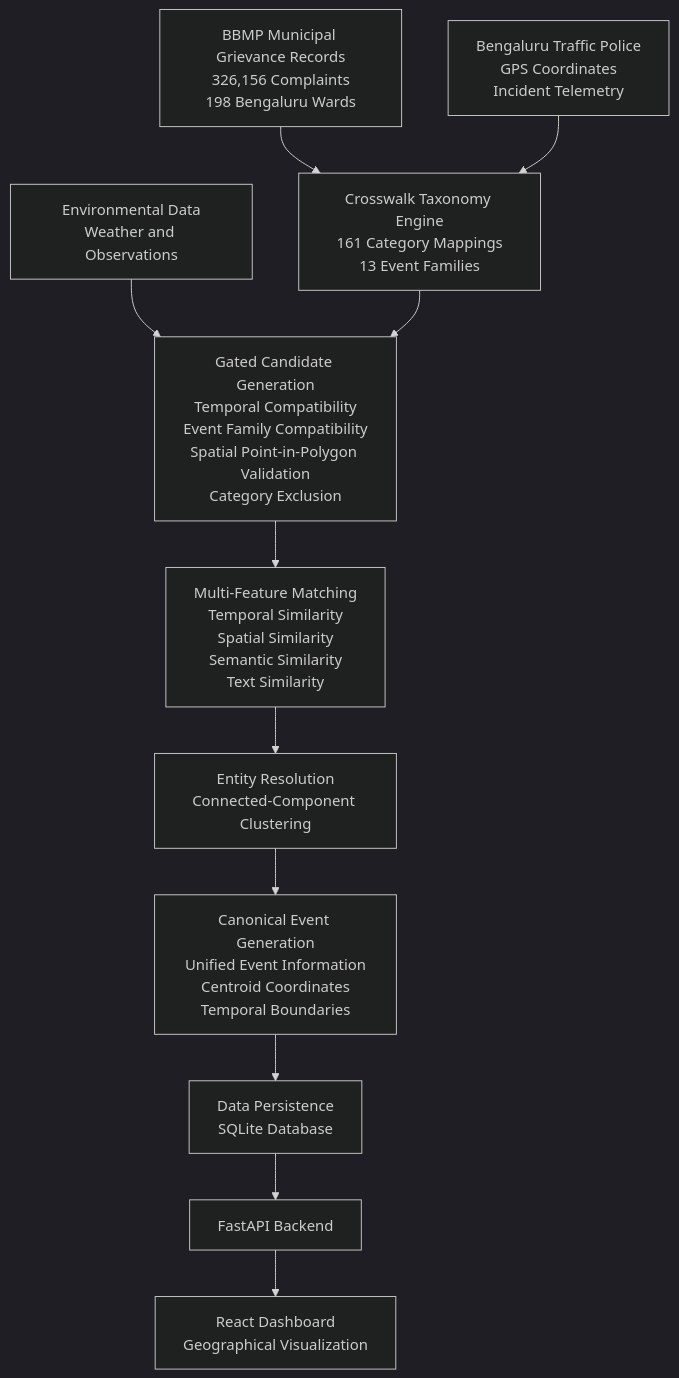
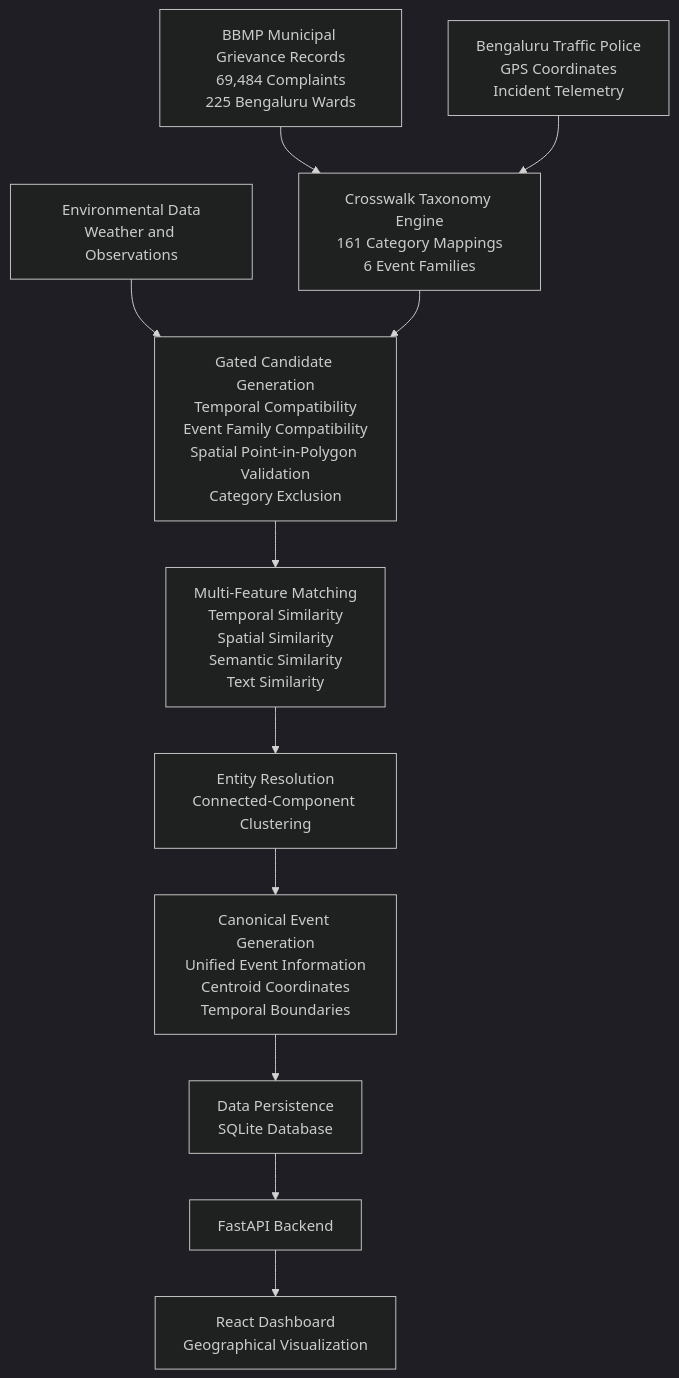
Before and after one commit to kumarkc57/LOCALYN: the diagram in README.md, drawn with Mermaid (dark theme).

Commit message:
Update complaint and event family counts in README

````diff
--- a/README.md
+++ b/README.md
@@ -34,32 +34,32 @@
 ```mermaid
 flowchart TD
-    A["BBMP Municipal Grievance Records<br/>326,156 Complaints<br/>198 Bengaluru Wards"]
+    A["BBMP Municipal Grievance Records<br/>69,484 Complaints<br/>225 Bengaluru Wards"]
     B["Bengaluru Traffic Police<br/>GPS Coordinates<br/>Incident Telemetry"]
     C["Environmental Data<br/>Weather and Observations"]
 
-    D["Crosswalk Taxonomy Engine<br/>161 Category Mappings<br/>13 Event Families"]
+    D["Crosswalk Taxonomy Engine<br/>161 Category Mappings<br/>6 Event Families"]
 
     E["Gated Candidate Generation<br/>Temporal Compatibility<br/>Event Family Compatibility<br/>Spatial Point-in-Polygon Validation<br/>Category Exclusion"]
 
     F["Multi-Feature Matching<br/>Temporal Similarity<br/>Spatial Similarity<br/>Semantic Similarity<br/>Text Similarity"]
 
     G["Entity Resolution<br/>Connected-Component Clustering"]
 
     H["Canonical Event Generation<br/>Unified Event Information<br/>Centroid Coordinates<br/>Temporal Boundaries"]
 
     I["Data Persistence<br/>SQLite Database"]
 
     J["FastAPI Backend"]
     K["React Dashboard<br/>Geographical Visualization"]
 
     A --> D
     B --> D
     C --> E
     D --> E
     E --> F
     F --> G
     G --> H
     H --> I
     I --> J
     J --> K
 ```
````
